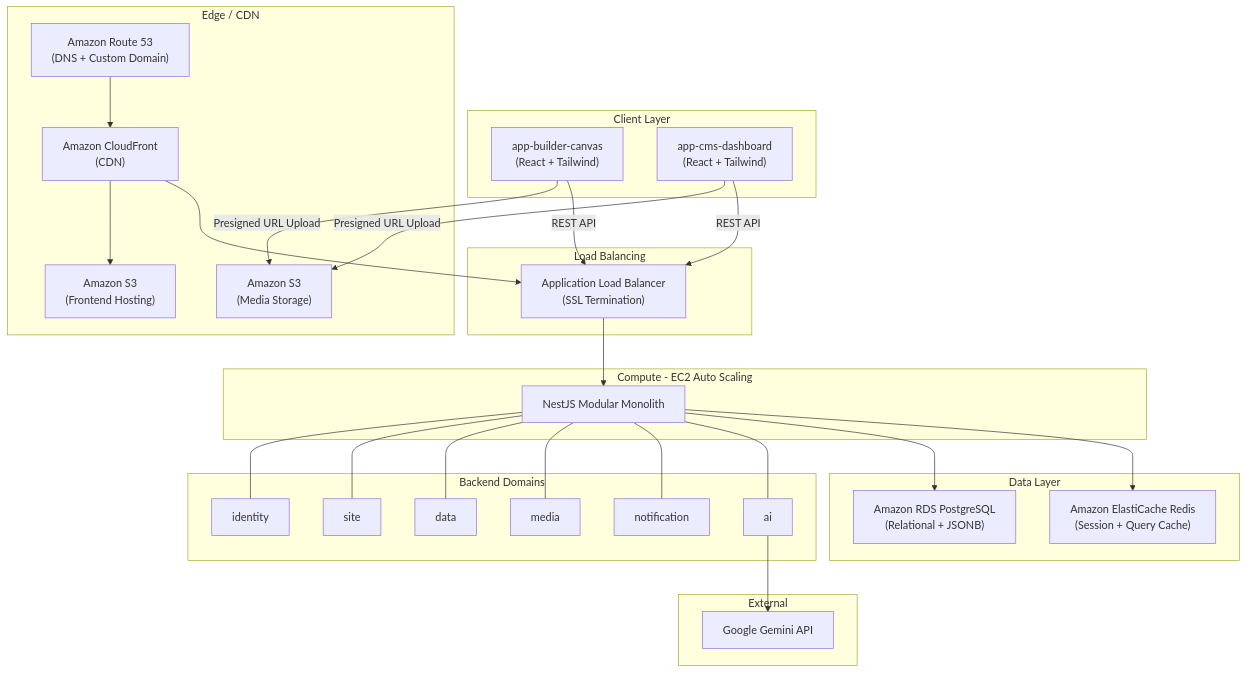
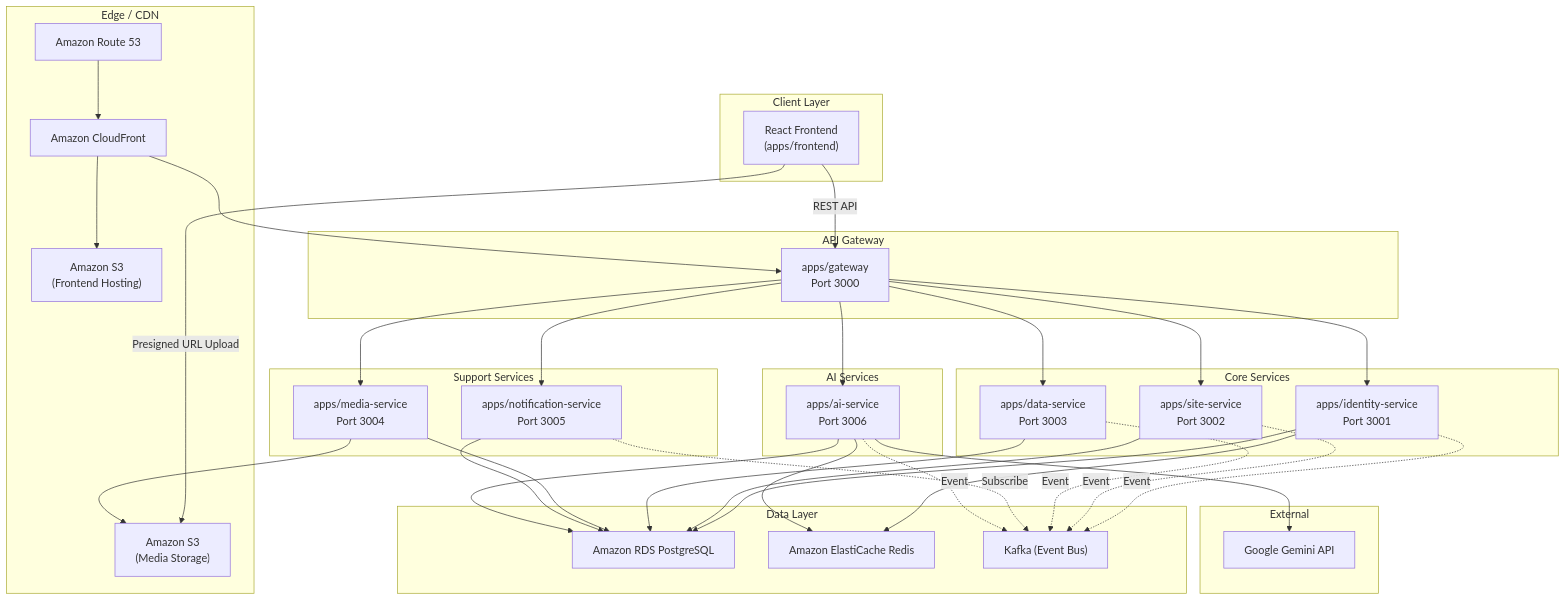
The diagram in .ai/01-architecture.md (KrisCTer/Genzite), drawn with Mermaid before and after one commit. The commit also changed other lines of this file and 159 other files, not shown here.

Commit message:
feat: scaffold microservices architecture with 7 services + shared packages

````diff
--- a/.ai/01-architecture.md
+++ b/.ai/01-architecture.md
@@ -9,58 +9,68 @@
 ```mermaid
 graph TB
     subgraph "Client Layer"
-        FE_BUILDER["app-builder-canvas<br/>(React + Tailwind)"]
-        FE_CMS["app-cms-dashboard<br/>(React + Tailwind)"]
+        FE["React Frontend<br/>(apps/frontend)"]
     end
 
     subgraph "Edge / CDN"
-        R53["Amazon Route 53<br/>(DNS + Custom Domain)"]
-        CF["Amazon CloudFront<br/>(CDN)"]
+        R53["Amazon Route 53"]
+        CF["Amazon CloudFront"]
         S3_FE["Amazon S3<br/>(Frontend Hosting)"]
         S3_MEDIA["Amazon S3<br/>(Media Storage)"]
     end
 
-    subgraph "Load Balancing"
-        ALB["Application Load Balancer<br/>(SSL Termination)"]
+    subgraph "API Gateway"
+        GW["apps/gateway<br/>Port 3000"]
     end
 
-    subgraph "Compute - EC2 Auto Scaling"
-        BACKEND["NestJS Modular Monolith"]
+    subgraph "Core Services"
+        IDENTITY["apps/identity-service<br/>Port 3001"]
+        SITE["apps/site-service<br/>Port 3002"]
+        DATA["apps/data-service<br/>Port 3003"]
     end
 
-    subgraph "Backend Domains"
-        IDENTITY["identity"]
-        SITE["site"]
-        DATA["data"]
-        MEDIA["media"]
-        NOTIFICATION["notification"]
-        AI["ai"]
+    subgraph "Support Services"
+        MEDIA["apps/media-service<br/>Port 3004"]
+        NOTIFICATION["apps/notification-service<br/>Port 3005"]
+    end
+
+    subgraph "AI Services"
+        AI["apps/ai-service<br/>Port 3006"]
     end
 
     subgraph "Data Layer"
-        RDS["Amazon RDS PostgreSQL<br/>(Relational + JSONB)"]
-        REDIS["Amazon ElastiCache Redis<br/>(Session + Query Cache)"]
+        RDS["Amazon RDS PostgreSQL"]
+        REDIS["Amazon ElastiCache Redis"]
+        KAFKA["Kafka (Event Bus)"]
     end
 
     subgraph "External"
         GEMINI["Google Gemini API"]
     end
 
-    R53 --> CF
-    CF --> S3_FE
-    CF --> ALB
-    ALB --> BACKEND
-    BACKEND --- IDENTITY
-    BACKEND --- SITE
-    BACKEND --- DATA
-    BACKEND --- MEDIA
-    BACKEND --- NOTIFICATION
-    BACKEND --- AI
-    BACKEND --> RDS
-    BACKEND --> REDIS
+    R53 --> CF --> S3_FE
+    CF --> GW
+    FE -->|"REST API"| GW
+    FE -->|"Presigned URL Upload"| S3_MEDIA
+    GW --> IDENTITY
+    GW --> SITE
+    GW --> DATA
+    GW --> MEDIA
+    GW --> NOTIFICATION
+    GW --> AI
+    IDENTITY --> RDS
+    SITE --> RDS
+    DATA --> RDS
+    MEDIA --> RDS
+    MEDIA --> S3_MEDIA
+    NOTIFICATION --> RDS
+    AI --> RDS
     AI --> GEMINI
-    FE_BUILDER -->|"Presigned URL Upload"| S3_MEDIA
-    FE_CMS -->|"Presigned URL Upload"| S3_MEDIA
-    FE_BUILDER -->|"REST API"| ALB
-    FE_CMS -->|"REST API"| ALB
+    IDENTITY -.->|Event| KAFKA
+    SITE -.->|Event| KAFKA
+    DATA -.->|Event| KAFKA
+    NOTIFICATION -.->|Subscribe| KAFKA
+    AI -.->|Event| KAFKA
+    IDENTITY --> REDIS
+    AI --> REDIS
 ```
````
